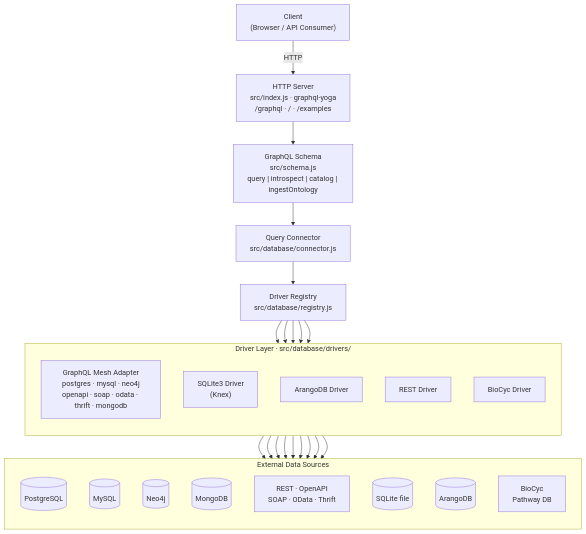
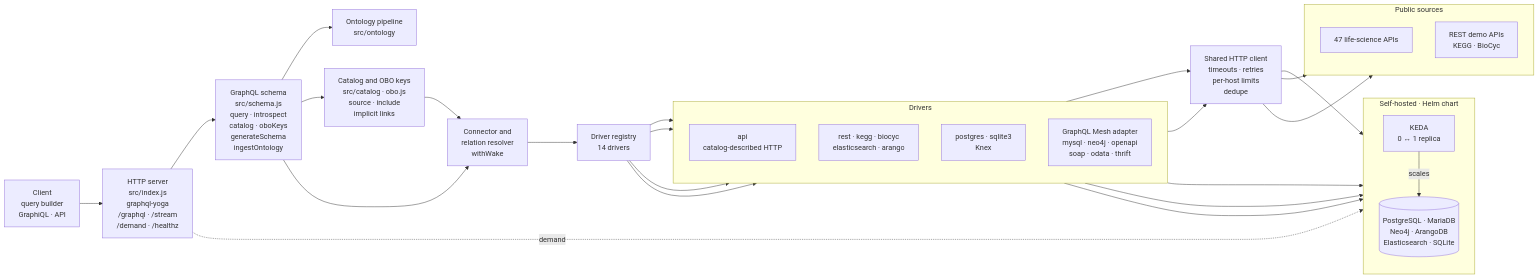
Before and after one commit to Skitionek/Mozg: the diagram in paper/mozg-architecture.mmd, drawn with Mermaid. The commit also changed 3 other files, not shown here.

```diff
--- a/paper/mozg-architecture.mmd
+++ b/paper/mozg-architecture.mmd
@@ -1,46 +1,51 @@
-flowchart TD
-    Client["Client\n(Browser / API Consumer)"]
+flowchart LR
+    Client["Client<br/>query builder<br/>GraphiQL · API"]
 
-    HTTP["HTTP Server\nsrc/index.js · graphql-yoga\n/graphql · / · /examples"]
+    HTTP["HTTP server<br/>src/index.js<br/>graphql-yoga<br/>/graphql · /stream<br/>/demand · /healthz"]
 
-    Schema["GraphQL Schema\nsrc/schema.js\nquery | introspect | catalog | ingestOntology"]
+    Schema["GraphQL schema<br/>src/schema.js<br/>query · introspect<br/>catalog · oboKeys<br/>generateSchema<br/>ingestOntology"]
 
-    Connector["Query Connector\nsrc/database/connector.js"]
+    Ontology["Ontology pipeline<br/>src/ontology"]
 
-    Registry["Driver Registry\nsrc/database/registry.js"]
+    Catalog["Catalog and OBO keys<br/>src/catalog · obo.js<br/>source · include<br/>implicit links"]
 
-    subgraph Drivers["Driver Layer · src/database/drivers/"]
+    Connector["Connector and<br/>relation resolver<br/>withWake"]
+
+    Registry["Driver registry<br/>14 drivers"]
+
+    subgraph Drivers["Drivers"]
         direction TB
-        Mesh["GraphQL Mesh Adapter\npostgres · mysql · neo4j\nopenapi · soap · odata · thrift · mongodb"]
-        SQLite["SQLite3 Driver\n(Knex)"]
-        Arango["ArangoDB Driver"]
-        REST["REST Driver"]
-        BioCyc["BioCyc Driver"]
+        API["api<br/>catalog-described HTTP"]
+        Native["rest · kegg · biocyc<br/>elasticsearch · arango"]
+        Knex["postgres · sqlite3<br/>Knex"]
+        Mesh["GraphQL Mesh adapter<br/>mysql · neo4j · openapi<br/>soap · odata · thrift"]
     end
 
-    subgraph Sources["External Data Sources"]
+    HTTPC["Shared HTTP client<br/>timeouts · retries<br/>per-host limits<br/>dedupe"]
+
+    subgraph Public["Public sources"]
         direction TB
-        PG[("PostgreSQL")]
-        MY[("MySQL")]
-        NJ[("Neo4j")]
-        MDB[("MongoDB")]
-        APIs["REST · OpenAPI\nSOAP · OData · Thrift"]
-        SQ[("SQLite file")]
-        ADB[("ArangoDB")]
-        BC["BioCyc\nPathway DB"]
+        Life["47 life-science APIs"]
+        Demo["REST demo APIs<br/>KEGG · BioCyc"]
     end
 
-    Client -->|"HTTP"| HTTP
-    HTTP --> Schema
-    Schema --> Connector
-    Connector --> Registry
-    Registry --> Mesh
-    Registry --> SQLite
-    Registry --> Arango
-    Registry --> REST
-    Registry --> BioCyc
-    Mesh --> PG & MY & NJ & MDB & APIs
-    SQLite --> SQ
-    Arango --> ADB
-    REST --> APIs
-    BioCyc --> BC
+    subgraph Hosted["Self-hosted · Helm chart"]
+        direction TB
+        KEDA["KEDA<br/>0 ↔ 1 replica"]
+        DBs[("PostgreSQL · MariaDB<br/>Neo4j · ArangoDB<br/>Elasticsearch · SQLite")]
+    end
+
+    Client --> HTTP --> Schema
+    Schema --> Ontology
+    Schema --> Catalog --> Connector
+    Schema --> Connector --> Registry
+    Registry --> API & Native & Knex & Mesh
+    API --> HTTPC
+    Native --> HTTPC
+    HTTPC --> Life & Demo
+    HTTPC --> DBs
+    Native --> DBs
+    Knex --> DBs
+    Mesh --> DBs
+    KEDA -->|"scales"| DBs
+    HTTP -.->|"demand"| KEDA
```
